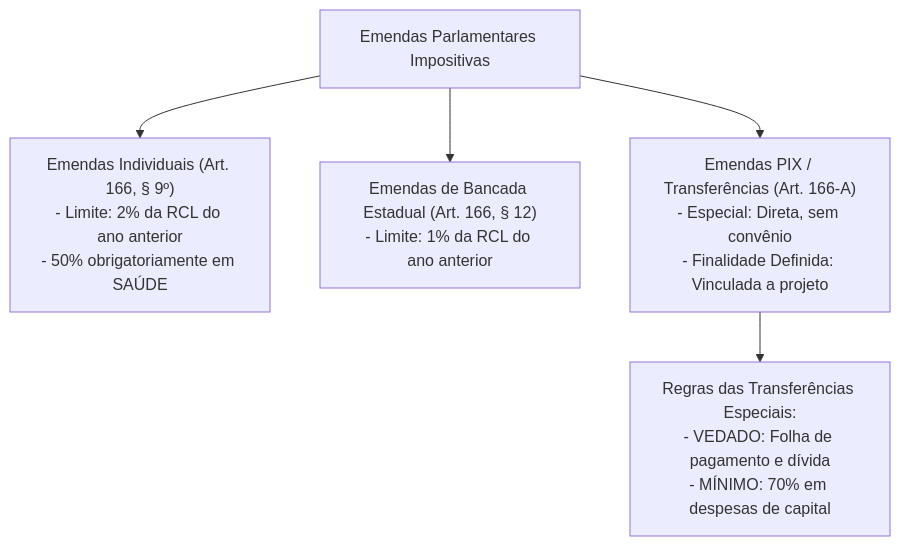
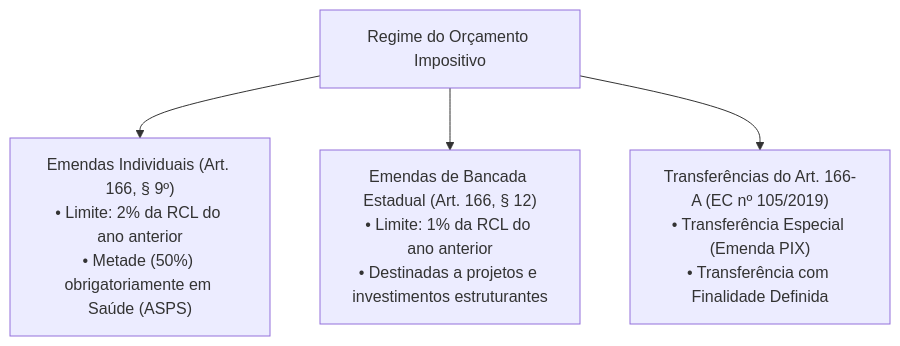
Before and after one commit to thiagosantos346/TCE-GO-2027: the fifth of 5 diagrams in fontes_de_estudo/conhecimentos_especificos_a01_tecnico_administrativo/19_nocoes_de_administracao_financeira_e_orcamentaria/01_orcamento_publico_principios_e_ciclo_ppa_ldo_loa.md, drawn with Mermaid. The commit also changed other lines of this file and 119 other files, not shown here.

````diff
--- a/fontes_de_estudo/conhecimentos_especificos_a01_tecnico_administrativo/19_nocoes_de_administracao_financeira_e_orcamentaria/01_orcamento_publico_principios_e_ciclo_ppa_ldo_loa.md
+++ b/fontes_de_estudo/conhecimentos_especificos_a01_tecnico_administrativo/19_nocoes_de_administracao_financeira_e_orcamentaria/01_orcamento_publico_principios_e_ciclo_ppa_ldo_loa.md
@@ -167,9 +259,7 @@
 ```mermaid
 flowchart TD
-    Emendas["Emendas Parlamentares Impositivas"]
-    Emendas --> Indiv["Emendas Individuais (Art. 166, § 9º)<br/>- Limite: 2% da RCL do ano anterior<br/>- 50% obrigatoriamente em SAÚDE"]
-    Emendas --> Banc["Emendas de Bancada Estadual (Art. 166, § 12)<br/>- Limite: 1% da RCL do ano anterior"]
-    Emendas --> Pix["Emendas PIX / Transferências (Art. 166-A)<br/>- Especial: Direta, sem convênio<br/>- Finalidade Definida: Vinculada a projeto"]
-
-    Pix --> RegraPix["Regras das Transferências Especiais:<br/>- VEDADO: Folha de pagamento e dívida<br/>- MÍNIMO: 70% em despesas de capital"]
+    Emendas["Regime do Orçamento Impositivo"]
+    Emendas --> Indiv["Emendas Individuais (Art. 166, § 9º)<br/>• Limite: 2% da RCL do ano anterior<br/>• Metade (50%) obrigatoriamente em Saúde (ASPS)"]
+    Emendas --> Banc["Emendas de Bancada Estadual (Art. 166, § 12)<br/>• Limite: 1% da RCL do ano anterior<br/>• Destinadas a projetos e investimentos estruturantes"]
+    Emendas --> Pix["Transferências do Art. 166-A (EC nº 105/2019)<br/>• Transferência Especial (Emenda PIX)<br/>• Transferência com Finalidade Definida"]
 ```
````
